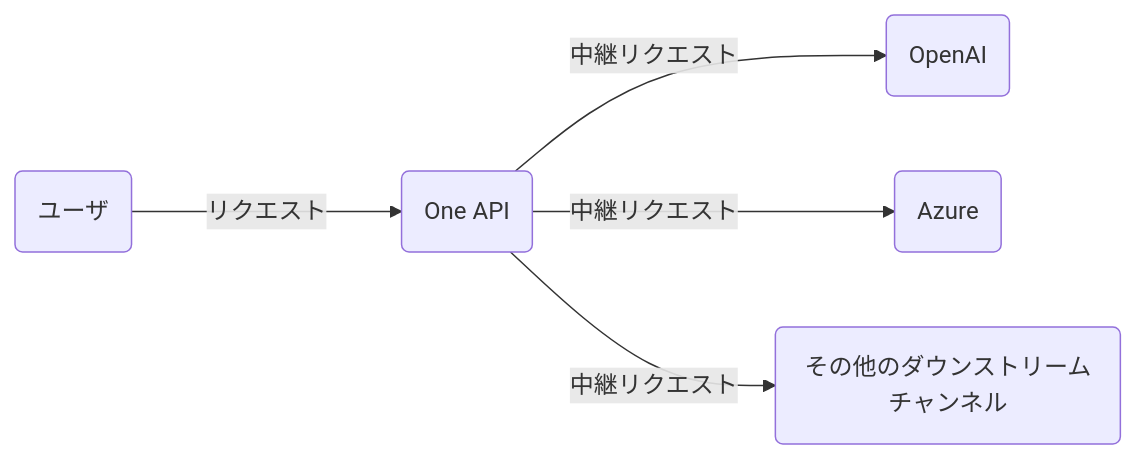
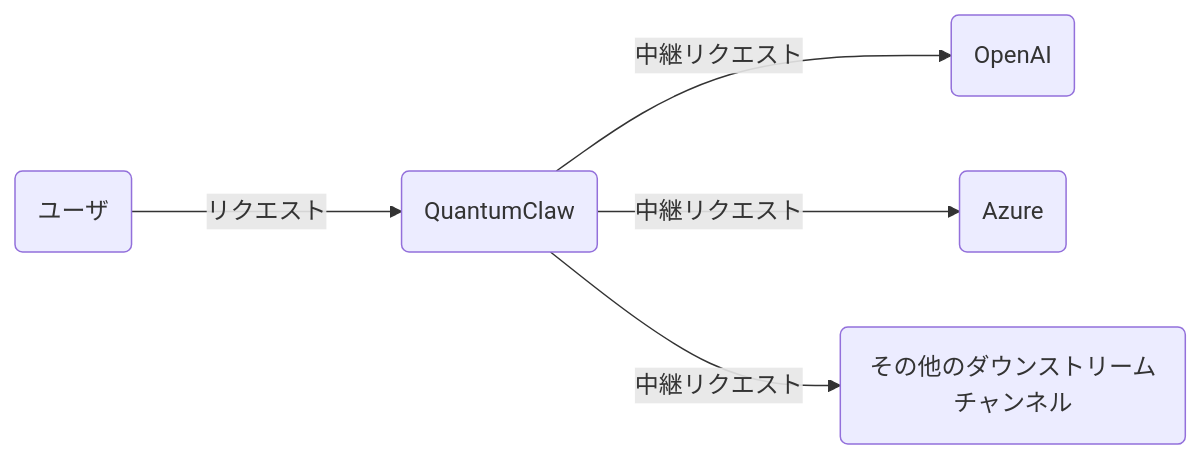
The diagram in README.ja.md (JonesVale/QuantumClaw), drawn with Mermaid before and after one commit. The commit also changed other lines of this file and 606 other files, not shown here.

````diff
--- a/README.ja.md
+++ b/README.ja.md
@@ -224,8 +224,8 @@
 ```mermaid
 graph LR
     A(ユーザ)
-    A --->|リクエスト| B(One API)
+    A --->|リクエスト| B(QuantumClaw)
     B -->|中継リクエスト| C(OpenAI)
     B -->|中継リクエスト| D(Azure)
     B -->|中継リクエスト| E(その他のダウンストリームチャンネル)
 ```
````
